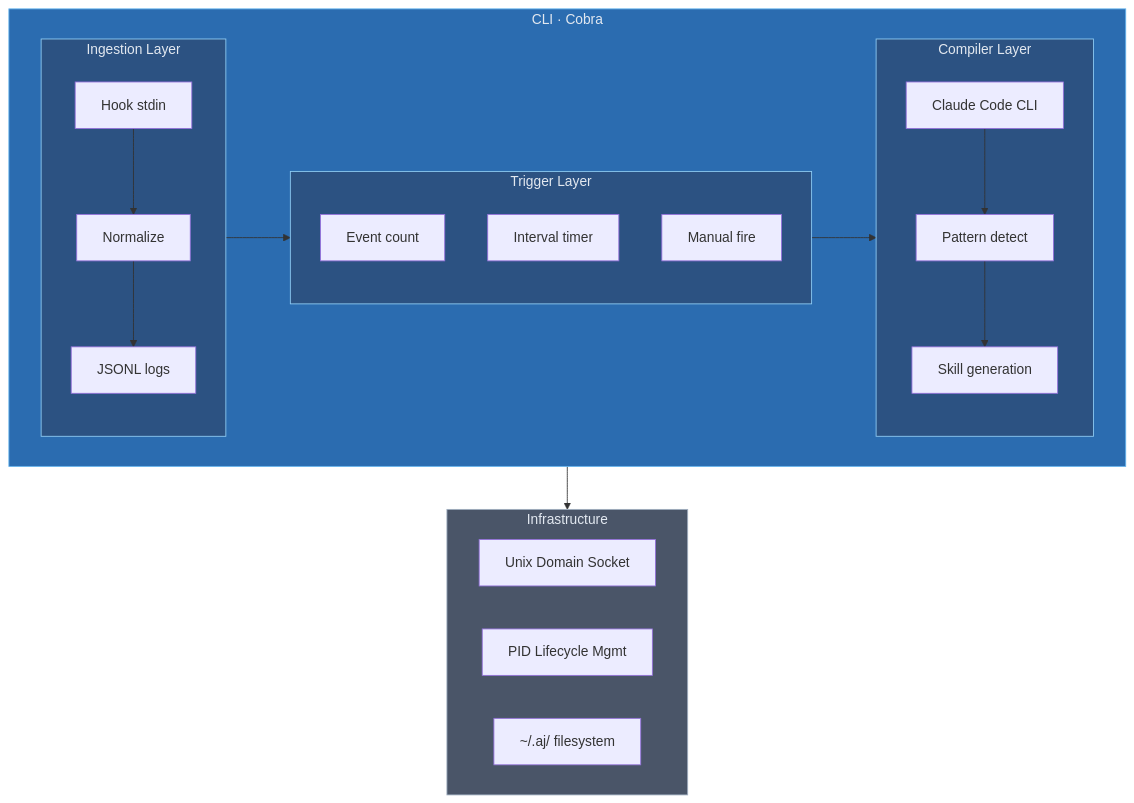
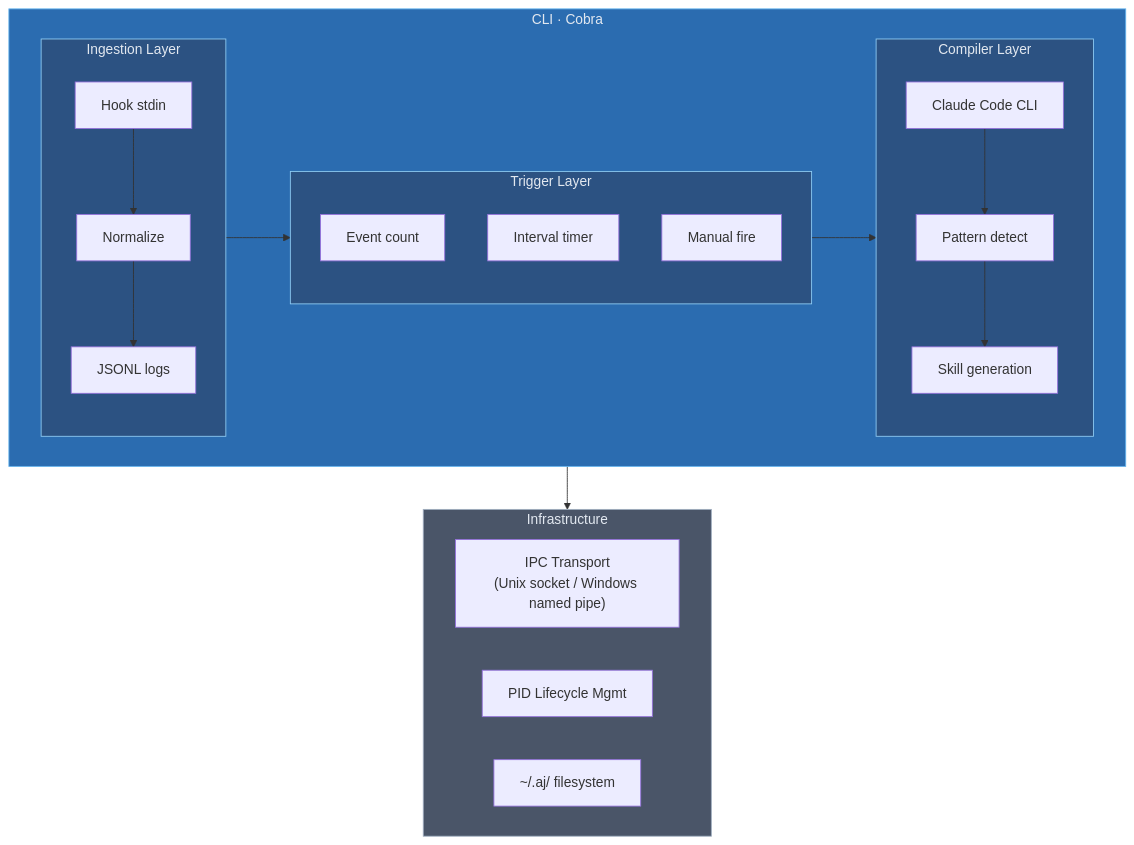
Before and after one commit to agent-jit/AgentJIT: the second of 2 diagrams in README.md, drawn with Mermaid. The commit also changed other lines of this file and 15 other files, not shown here.

First line of the commit message:
feat: add Windows support via platform-split IPC and process management

````diff
--- a/README.md
+++ b/README.md
@@ -128,46 +128,46 @@
 ```mermaid
 flowchart TB
     subgraph cli["CLI · Cobra"]
         direction LR
 
         subgraph ingestion["Ingestion Layer"]
             direction TB
             I1["Hook stdin"]
             I2["Normalize"]
             I3["JSONL logs"]
             I1 --> I2 --> I3
         end
 
         subgraph trigger["Trigger Layer"]
             direction TB
             T1["Event count"]
             T2["Interval timer"]
             T3["Manual fire"]
         end
 
         subgraph compiler["Compiler Layer"]
             direction TB
             C1["Claude Code CLI"]
             C2["Pattern detect"]
             C3["Skill generation"]
             C1 --> C2 --> C3
         end
 
         ingestion --> trigger --> compiler
     end
 
     subgraph infra["Infrastructure"]
         direction LR
-        U["Unix Domain Socket"]
+        U["IPC Transport<br/>(Unix socket / Windows named pipe)"]
         P["PID Lifecycle Mgmt"]
         F["~/.aj/ filesystem"]
     end
 
     cli --> infra
 
     style cli fill:#2b6cb0,stroke:#63b3ed,color:#e2e8f0
     style ingestion fill:#2c5282,stroke:#90cdf4,color:#e2e8f0
     style trigger fill:#2c5282,stroke:#90cdf4,color:#e2e8f0
     style compiler fill:#2c5282,stroke:#90cdf4,color:#e2e8f0
     style infra fill:#4a5568,stroke:#a0aec0,color:#e2e8f0
 ```
````
